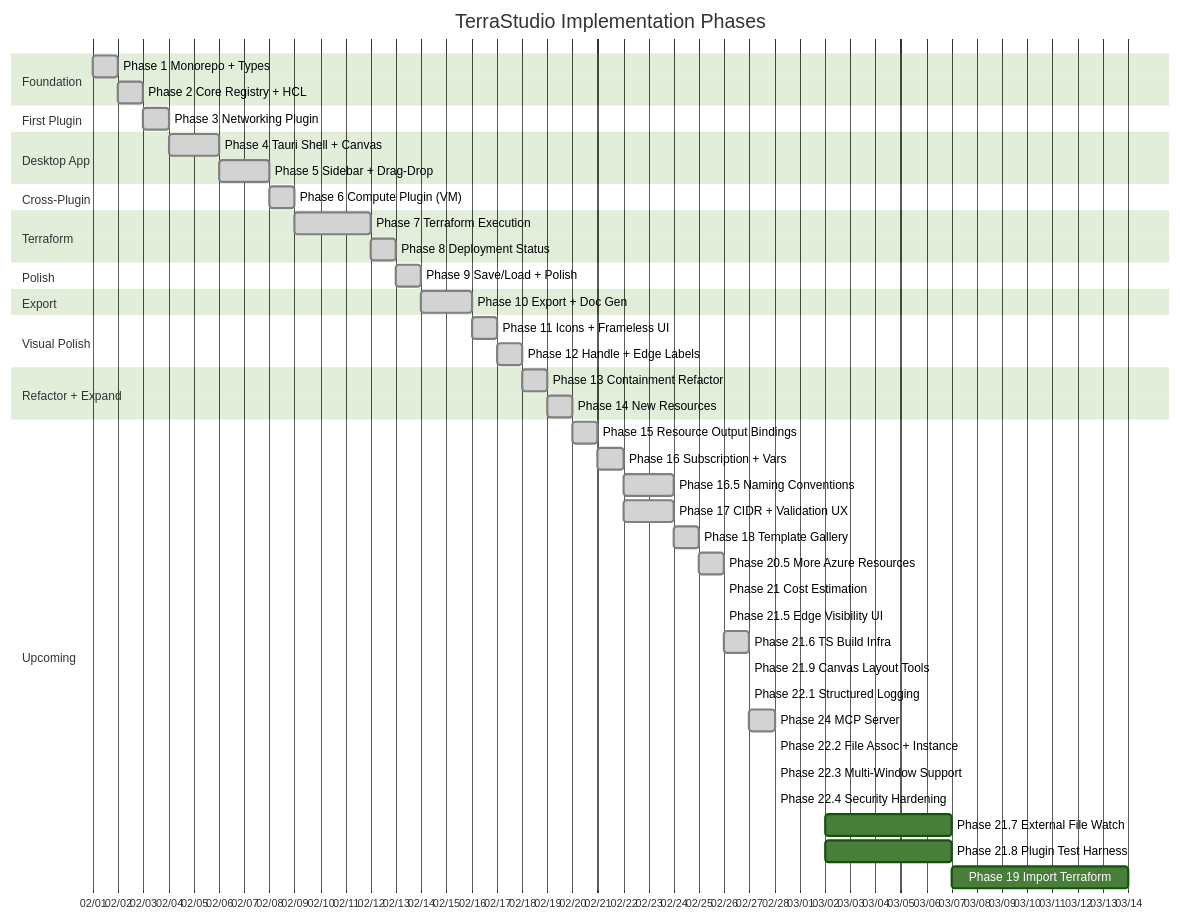
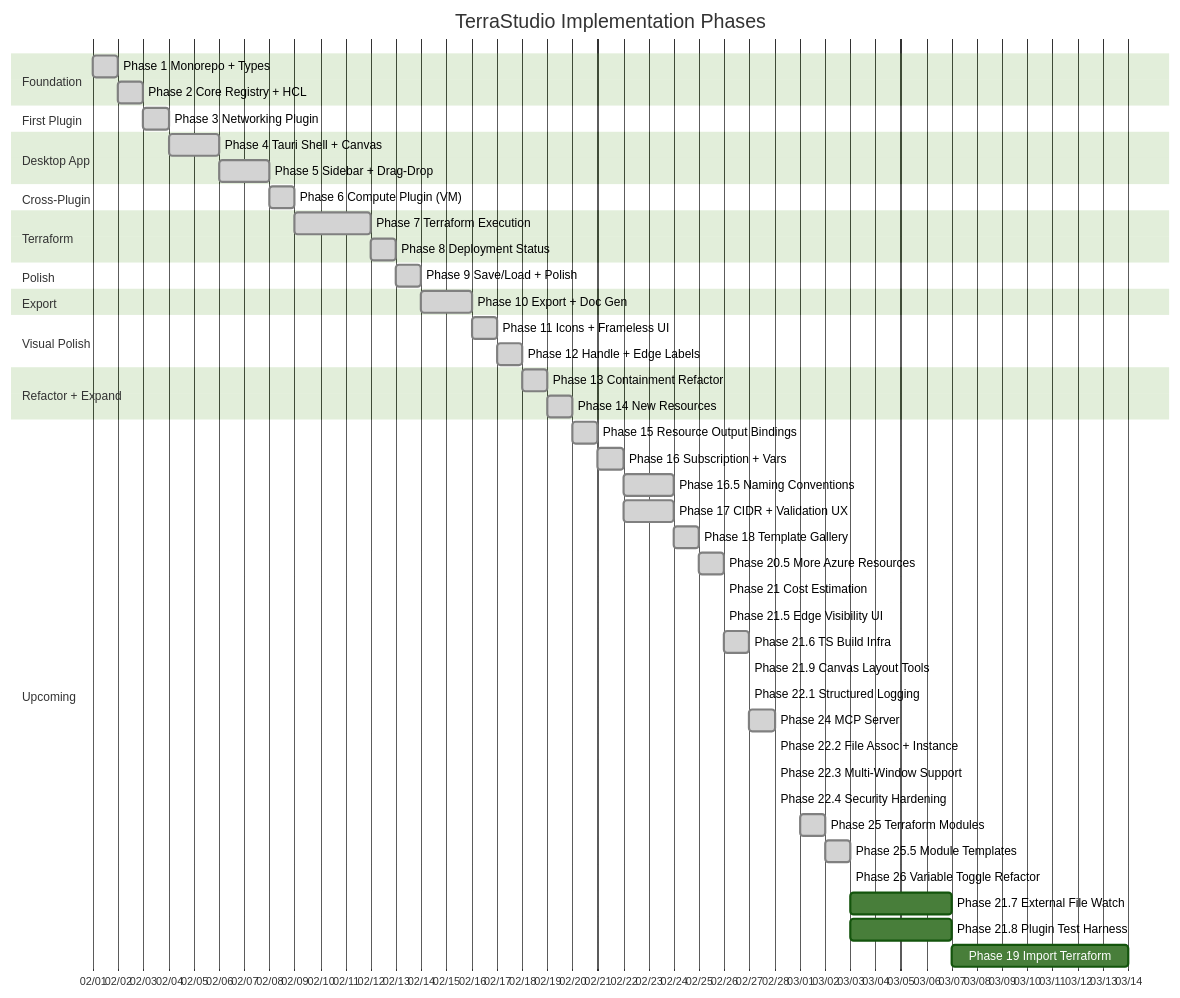
One commit to afroze9/terrastudio changed the diagram in docs/implementation-roadmap.md. Above: the diagram before and after it, drawn with Mermaid (forest theme). The commit also changed other lines of this file and 8 other files, not shown here.

First line of the commit message:
docs: update all documentation for module system, variable toggle, and project structure

````diff
--- a/docs/implementation-roadmap.md
+++ b/docs/implementation-roadmap.md
@@ -11,59 +11,62 @@
 ```mermaid
 gantt
     title TerraStudio Implementation Phases
     dateFormat YYYY-MM-DD
     axisFormat %m/%d
     tickInterval 1day
 
     section Foundation
     Phase 1 Monorepo + Types         :done, p1, 2026-02-01, 2026-02-02
     Phase 2 Core Registry + HCL      :done, p2, 2026-02-02, 2026-02-03
 
     section First Plugin
     Phase 3 Networking Plugin         :done, p3, 2026-02-03, 2026-02-04
 
     section Desktop App
     Phase 4 Tauri Shell + Canvas      :done, p4, 2026-02-04, 2026-02-06
     Phase 5 Sidebar + Drag-Drop       :done, p5, 2026-02-06, 2026-02-08
 
     section Cross-Plugin
     Phase 6 Compute Plugin (VM)       :done, p6, 2026-02-08, 2026-02-09
 
     section Terraform
     Phase 7 Terraform Execution       :done, p7, 2026-02-09, 2026-02-12
     Phase 8 Deployment Status         :done, p8, 2026-02-12, 2026-02-13
 
     section Polish
     Phase 9 Save/Load + Polish        :done, p9, 2026-02-13, 2026-02-14
 
     section Export
     Phase 10 Export + Doc Gen         :done, p10, 2026-02-14, 2026-02-16
 
     section Visual Polish
     Phase 11 Icons + Frameless UI     :done, p11, 2026-02-16, 2026-02-17
     Phase 12 Handle + Edge Labels     :done, p12, 2026-02-17, 2026-02-18
 
     section Refactor + Expand
     Phase 13 Containment Refactor     :done, p13, 2026-02-18, 2026-02-19
     Phase 14 New Resources            :done, p14, 2026-02-19, 2026-02-20
 
     section Upcoming
     Phase 15 Resource Output Bindings :done, p15, 2026-02-20, 2026-02-21
     Phase 16 Subscription + Vars      :done, p16, 2026-02-21, 2026-02-22
     Phase 16.5 Naming Conventions     :done, p165, 2026-02-22, 2026-02-24
     Phase 17 CIDR + Validation UX     :done, p17, 2026-02-22, 2026-02-24
     Phase 18 Template Gallery         :done, p18, 2026-02-24, 2026-02-25
     Phase 20.5 More Azure Resources   :done, p205, 2026-02-25, 2026-02-26
     Phase 21 Cost Estimation          :done, p21, 2026-02-26, 2026-02-26
     Phase 21.5 Edge Visibility UI     :done, p215, 2026-02-26, 2026-02-26
     Phase 21.6 TS Build Infra         :done, p216, 2026-02-26, 2026-02-27
     Phase 21.9 Canvas Layout Tools    :done, p219, 2026-02-27, 2026-02-27
     Phase 22.1 Structured Logging     :done, p221, 2026-02-27, 2026-02-27
     Phase 24 MCP Server               :done, p24, 2026-02-27, 2026-02-28
     Phase 22.2 File Assoc + Instance  :done, p222, 2026-02-28, 2026-02-28
     Phase 22.3 Multi-Window Support   :done, p223, 2026-02-28, 2026-02-28
     Phase 22.4 Security Hardening     :done, p224, 2026-02-28, 2026-02-28
-    Phase 21.7 External File Watch    :p217, 2026-03-02, 2026-03-07
-    Phase 21.8 Plugin Test Harness    :p218, 2026-03-02, 2026-03-07
+    Phase 25 Terraform Modules         :done, p25, 2026-03-01, 2026-03-02
+    Phase 25.5 Module Templates       :done, p255, 2026-03-02, 2026-03-03
+    Phase 26 Variable Toggle Refactor :done, p26, 2026-03-03, 2026-03-03
+    Phase 21.7 External File Watch    :p217, 2026-03-03, 2026-03-07
+    Phase 21.8 Plugin Test Harness    :p218, 2026-03-03, 2026-03-07
     Phase 19 Import Terraform         :p19, 2026-03-07, 2026-03-14
 ```
````
